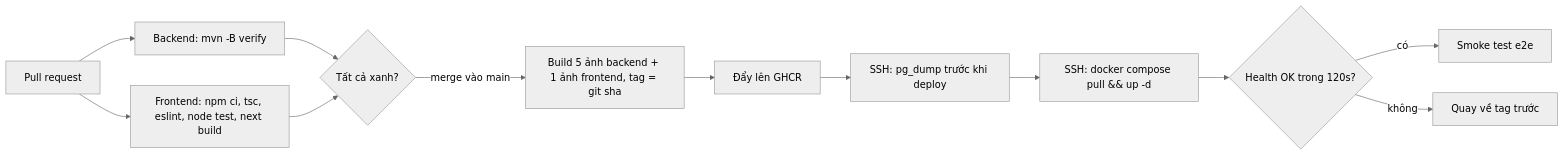
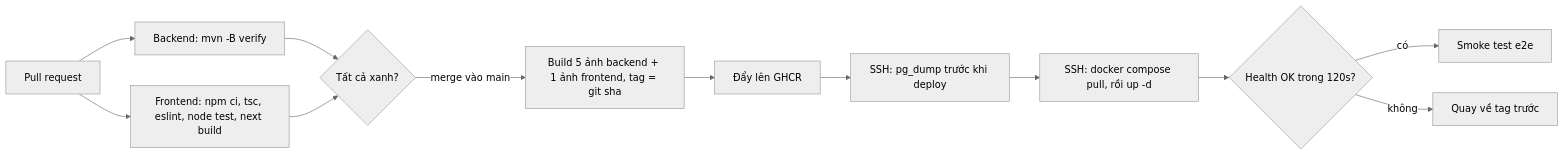
Before and after one commit to Gachienmam88/vaxclinic-kiotviet: the fifth of 5 diagrams in plans/reports/architecture-261029-sync-async-redis-es-saga.md, drawn with Mermaid (neutral theme).

Commit message:
auto: update architecture-261029-sync-async-redis-es-saga.md

````diff
--- a/plans/reports/architecture-261029-sync-async-redis-es-saga.md
+++ b/plans/reports/architecture-261029-sync-async-redis-es-saga.md
@@ -363,14 +363,14 @@
 ```mermaid
 flowchart LR
     PR["Pull request"] --> BE["Backend: mvn -B verify"]
     PR --> FEC["Frontend: npm ci, tsc, eslint, node test, next build"]
     BE --> OK{"Tất cả xanh?"}
     FEC --> OK
     OK -->|"merge vào main"| IMG["Build 5 ảnh backend + 1 ảnh frontend, tag = git sha"]
     IMG --> REG["Đẩy lên GHCR"]
     REG --> BAK["SSH: pg_dump trước khi deploy"]
-    BAK --> DEP["SSH: docker compose pull && up -d"]
+    BAK --> DEP["SSH: docker compose pull, rồi up -d"]
     DEP --> HC{"Health OK trong 120s?"}
     HC -->|"có"| SMK["Smoke test e2e"]
     HC -->|"không"| RB["Quay về tag trước"]
 ```
````
